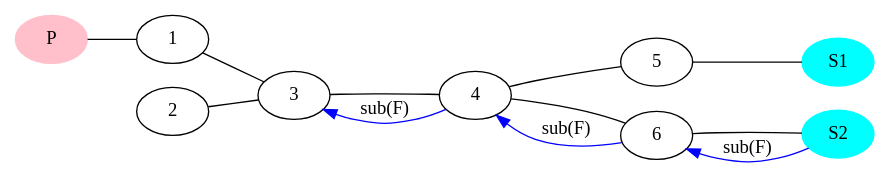
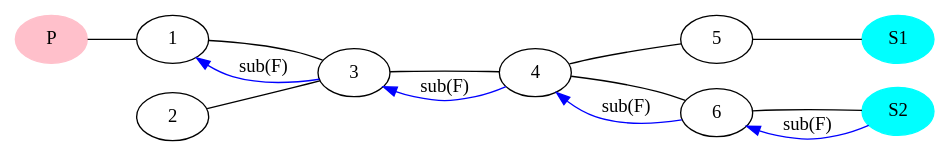
The diagram in theory/ex6/graphs/subscriptionS2.dot (tarekauel/tk1progex1), drawn with Graphviz before and after one commit. The commit also changed 2 other files, not shown here.

```diff
--- a/theory/ex6/graphs/subscriptionS2.dot
+++ b/theory/ex6/graphs/subscriptionS2.dot
@@ -1,27 +1,28 @@
 # Subscription S2
 digraph G {
     rankdir=LR;
 
     P [style = filled, color=pink];
     S1, S2 [style=filled, color=cyan];
     1,2,3,4,5,6;
 
     subgraph network {
         edge [dir=none]
         P -> 1
         1 -> 3
         2 -> 3
         3 -> 4
         4 -> 5
         4 -> 6
         5 -> S1
         6 -> S2
     }
 
     subgraph subscription {
         edge [dir="back",color=blue];
         6 -> S2 [label="sub(F)"];
         4 -> 6 [label="sub(F)"];
         3 -> 4 [label="sub(F)"];
+        1 -> 3 [label="sub(F)"];
     }
 }
```
